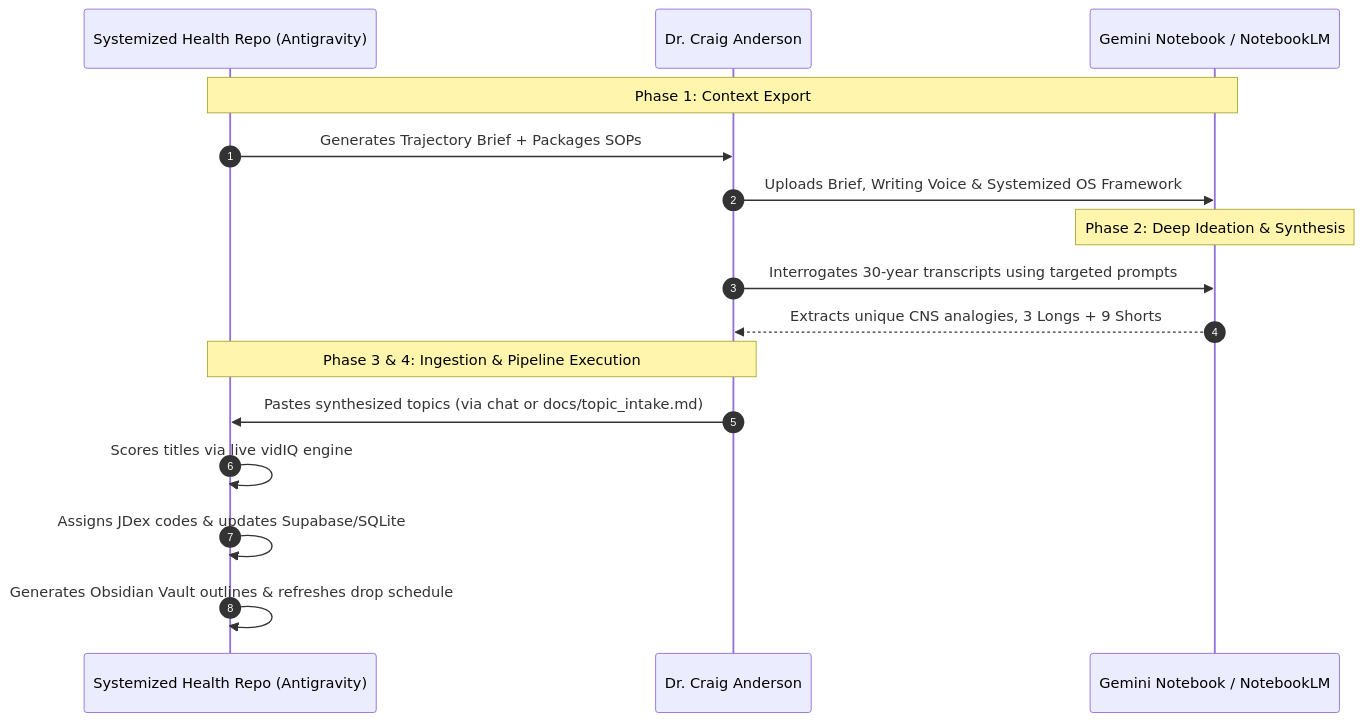
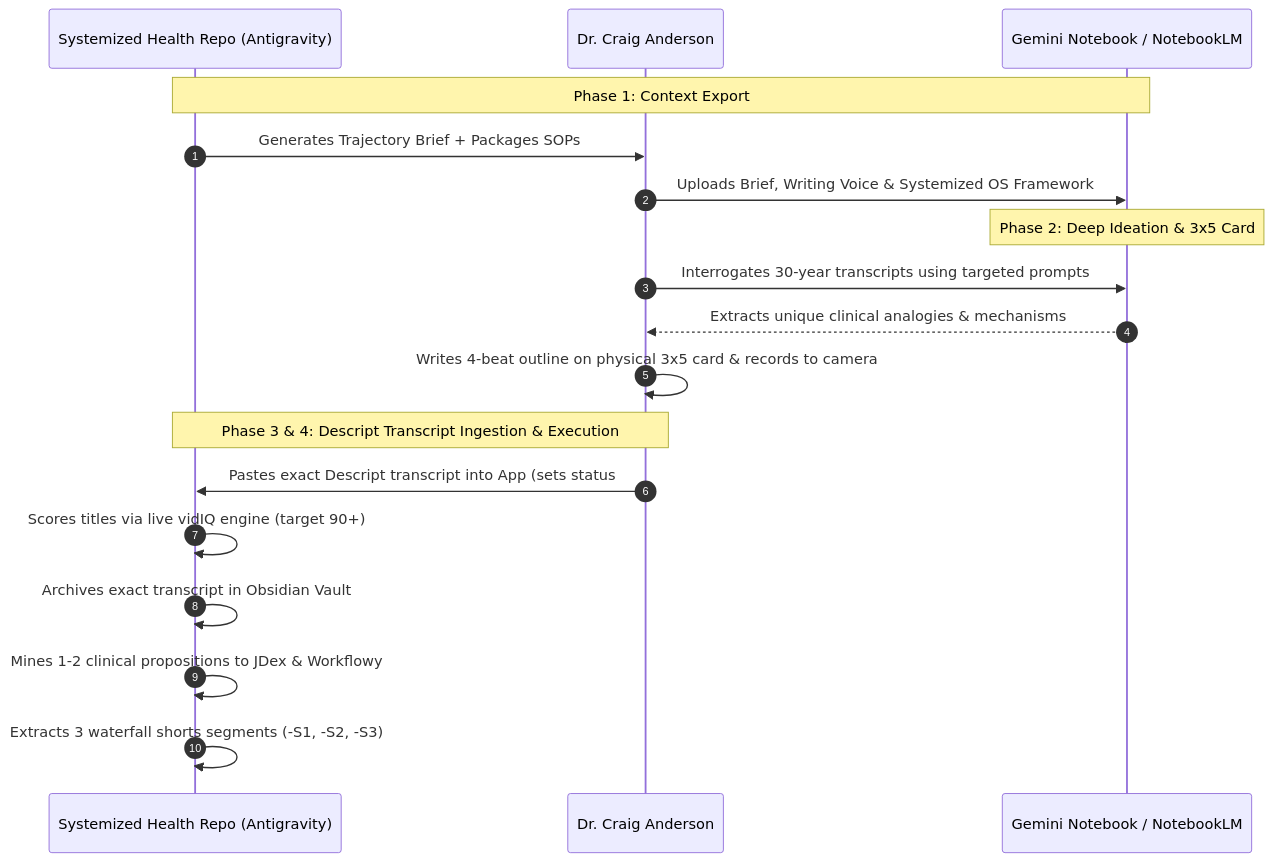
The diagram in SOPs/Gemini Notebook Topic Planning SOP.md (craigmart/SystemizedHealth), drawn with Mermaid before and after one commit. The commit also changed other lines of this file and 6 other files, not shown here.

````diff
--- a/SOPs/Gemini Notebook Topic Planning SOP.md
+++ b/SOPs/Gemini Notebook Topic Planning SOP.md
@@ -18,21 +18,23 @@
 ```mermaid
 sequenceDiagram
     autonumber
     participant IDE as Systemized Health Repo (Antigravity)
     participant User as Dr. Craig Anderson
     participant GN as Gemini Notebook / NotebookLM
 
     Note over IDE,GN: Phase 1: Context Export
     IDE->>User: Generates Trajectory Brief + Packages SOPs
     User->>GN: Uploads Brief, Writing Voice & Systemized OS Framework
 
-    Note over GN: Phase 2: Deep Ideation & Synthesis
+    Note over GN: Phase 2: Deep Ideation & 3x5 Card
     User->>GN: Interrogates 30-year transcripts using targeted prompts
-    GN-->>User: Extracts unique CNS analogies, 3 Longs + 9 Shorts
+    GN-->>User: Extracts unique clinical analogies & mechanisms
+    User->>User: Writes 4-beat outline on physical 3x5 card & records to camera
 
-    Note over User,IDE: Phase 3 & 4: Ingestion & Pipeline Execution
-    User->>IDE: Pastes synthesized topics (via chat or docs/topic_intake.md)
-    IDE->>IDE: Scores titles via live vidIQ engine
-    IDE->>IDE: Assigns JDex codes & updates Supabase/SQLite
-    IDE->>IDE: Generates Obsidian Vault outlines & refreshes drop schedule
+    Note over User,IDE: Phase 3 & 4: Descript Transcript Ingestion & Execution
+    User->>IDE: Pastes exact Descript transcript into App (sets status #edit)
+    IDE->>IDE: Scores titles via live vidIQ engine (target 90+)
+    IDE->>IDE: Archives exact transcript in Obsidian Vault
+    IDE->>IDE: Mines 1-2 clinical propositions to JDex & Workflowy
+    IDE->>IDE: Extracts 3 waterfall shorts segments (-S1, -S2, -S3)
 ```
````
